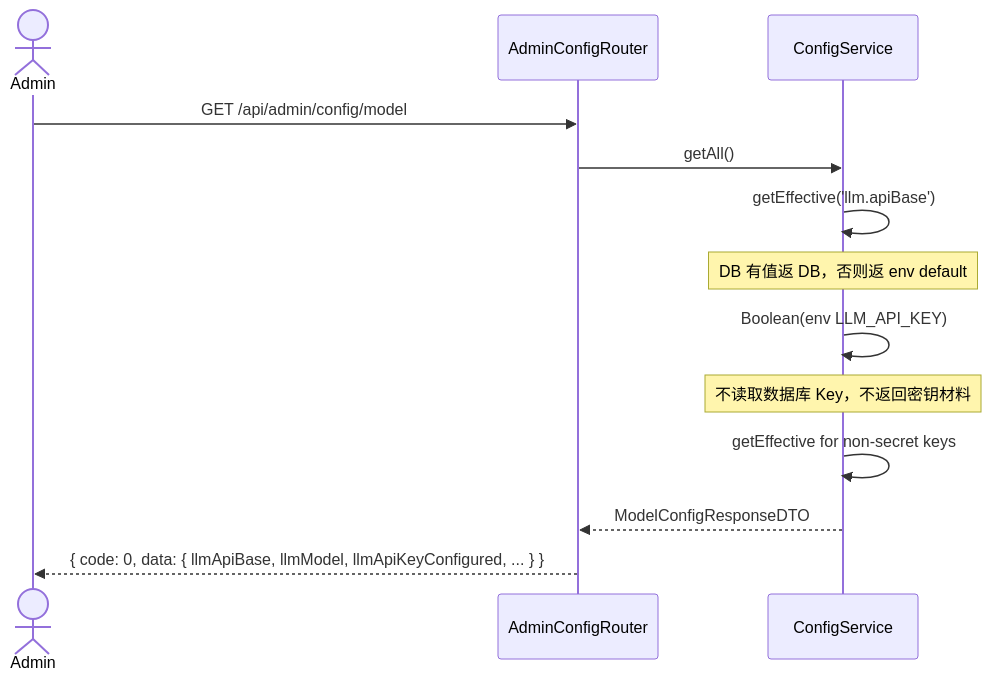
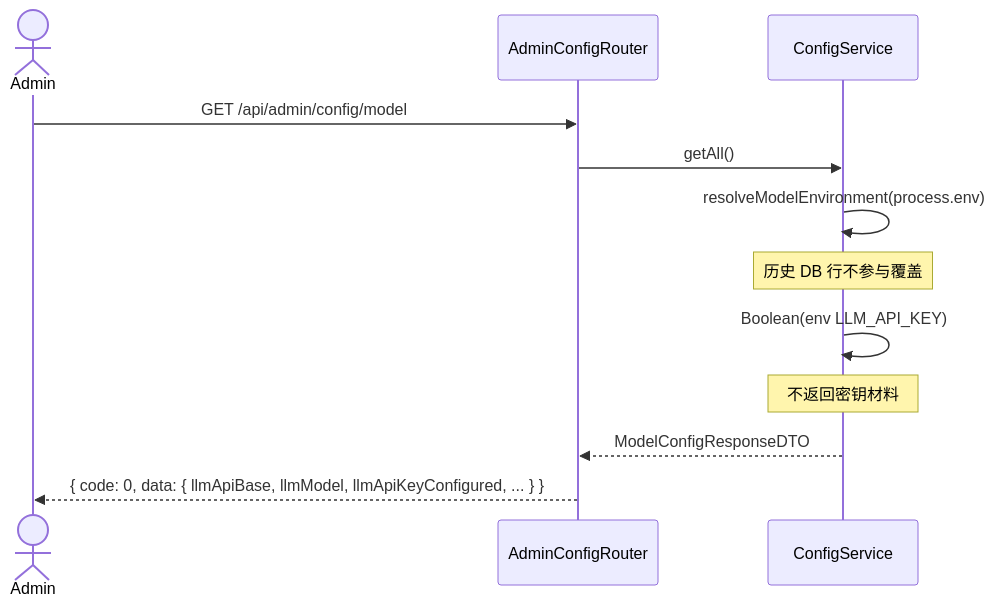
Before and after one commit to Rcloudso/smart-customer-service-ai: the second of 5 diagrams in docs/system_design.md, drawn with Mermaid. The commit also changed other lines of this file and 53 other files, not shown here.

````diff
--- a/docs/system_design.md
+++ b/docs/system_design.md
@@ -195,13 +205,12 @@
 ```mermaid
 sequenceDiagram
     actor Admin
     Admin->>AdminConfigRouter: GET /api/admin/config/model
     AdminConfigRouter->>ConfigService: getAll()
-    ConfigService->>ConfigService: getEffective('llm.apiBase')
-    Note over ConfigService: DB 有值返 DB，否则返 env default
+    ConfigService->>ConfigService: resolveModelEnvironment(process.env)
+    Note over ConfigService: 历史 DB 行不参与覆盖
     ConfigService->>ConfigService: Boolean(env LLM_API_KEY)
-    Note over ConfigService: 不读取数据库 Key，不返回密钥材料
-    ConfigService->>ConfigService: getEffective for non-secret keys
+    Note over ConfigService: 不返回密钥材料
     ConfigService-->>AdminConfigRouter: ModelConfigResponseDTO
     AdminConfigRouter-->>Admin: { code: 0, data: { llmApiBase, llmModel, llmApiKeyConfigured, ... } }
 ```
````
